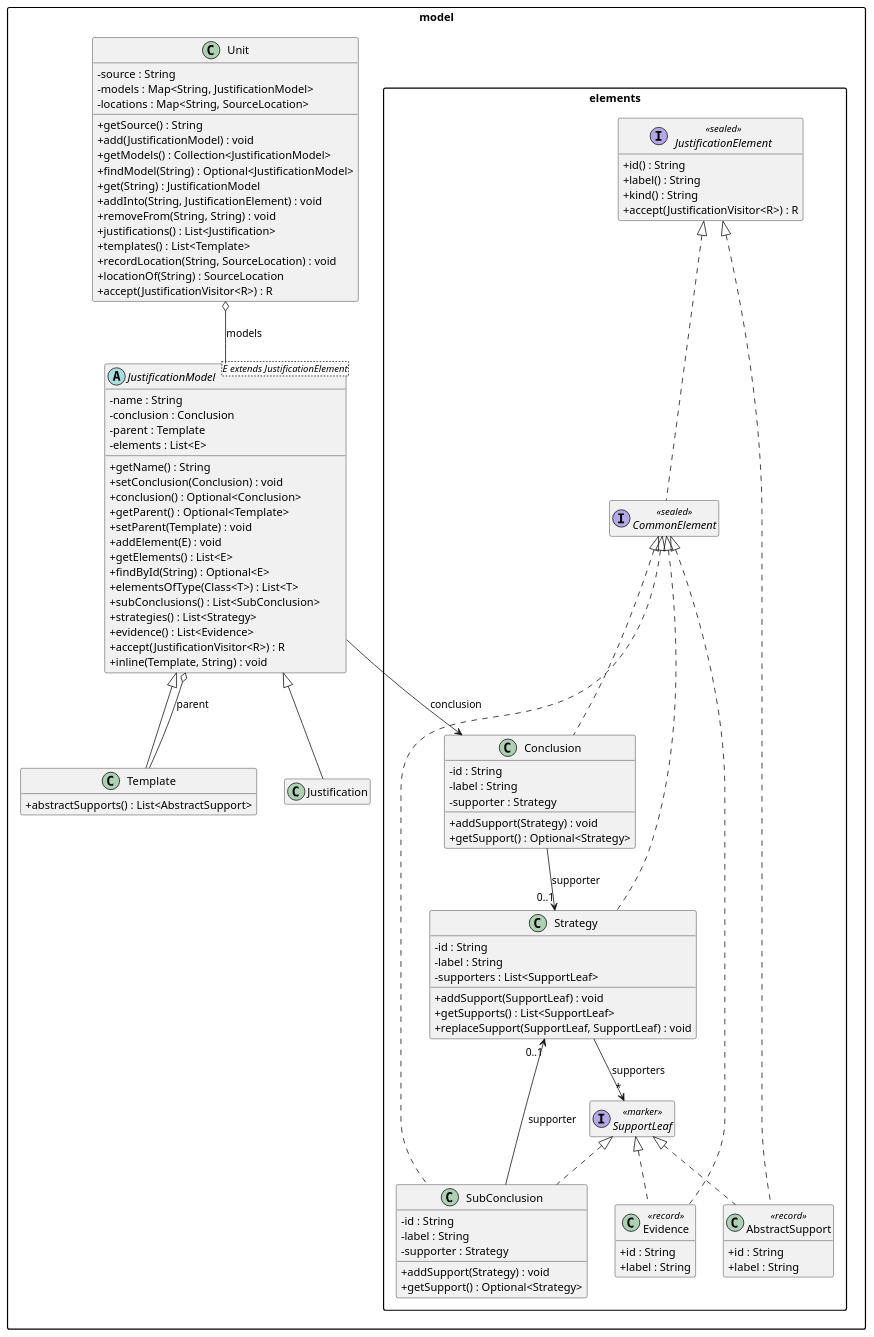
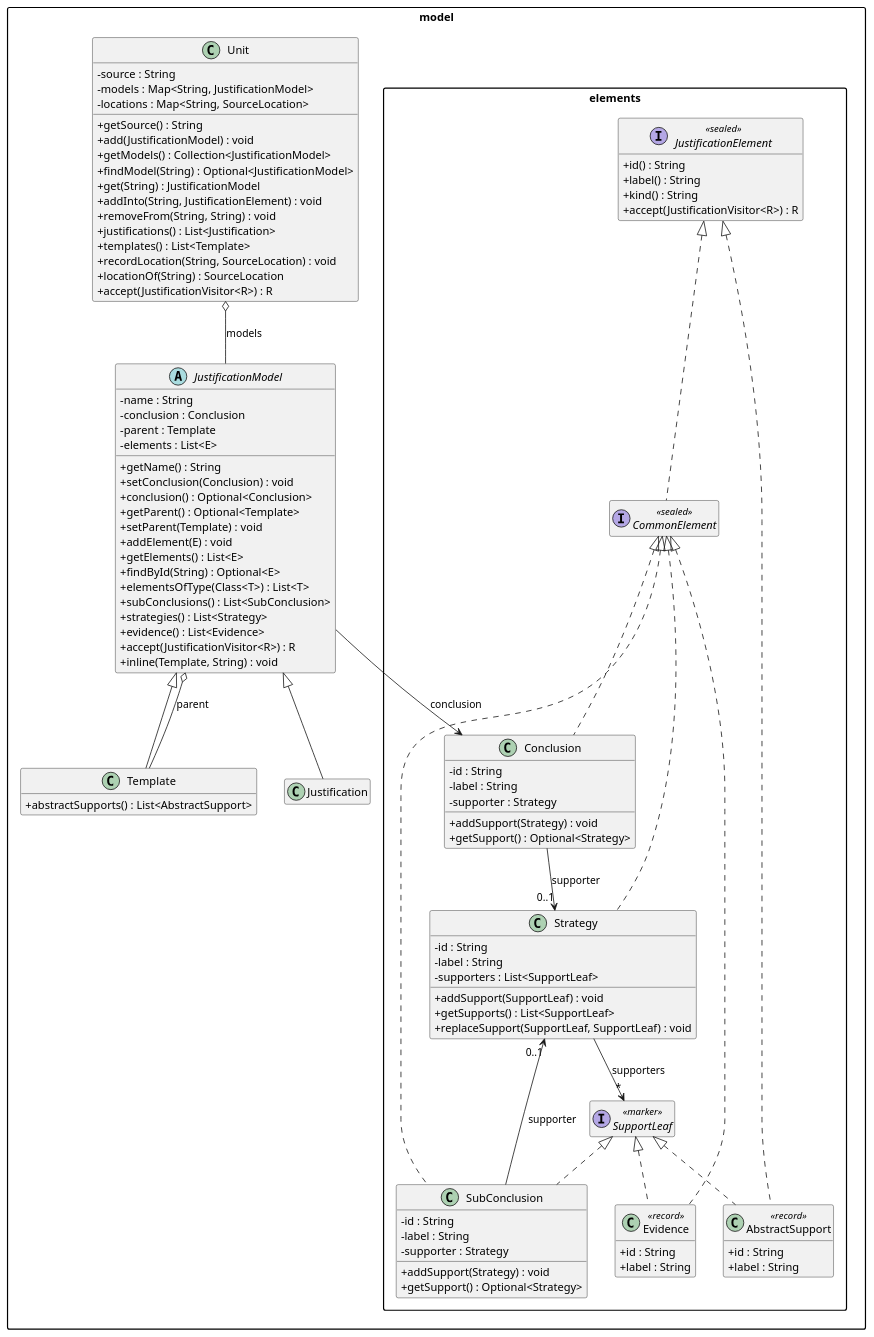
One commit to jpipe-mcscert/jpipe-compiler changed the first of 3 diagrams in docs/design/model.md. Above: the diagram before and after it, drawn with PlantUML. The commit also changed other lines of this file and 58 other files, not shown here.

```diff
--- a/docs/design/model.md
+++ b/docs/design/model.md
@@ -98,7 +98,7 @@
 
 package "model" {
 
-  abstract class JustificationModel<E extends JustificationElement> {
+  abstract class JustificationModel {
     - name : String
     - conclusion : Conclusion
     - parent : Template
```
